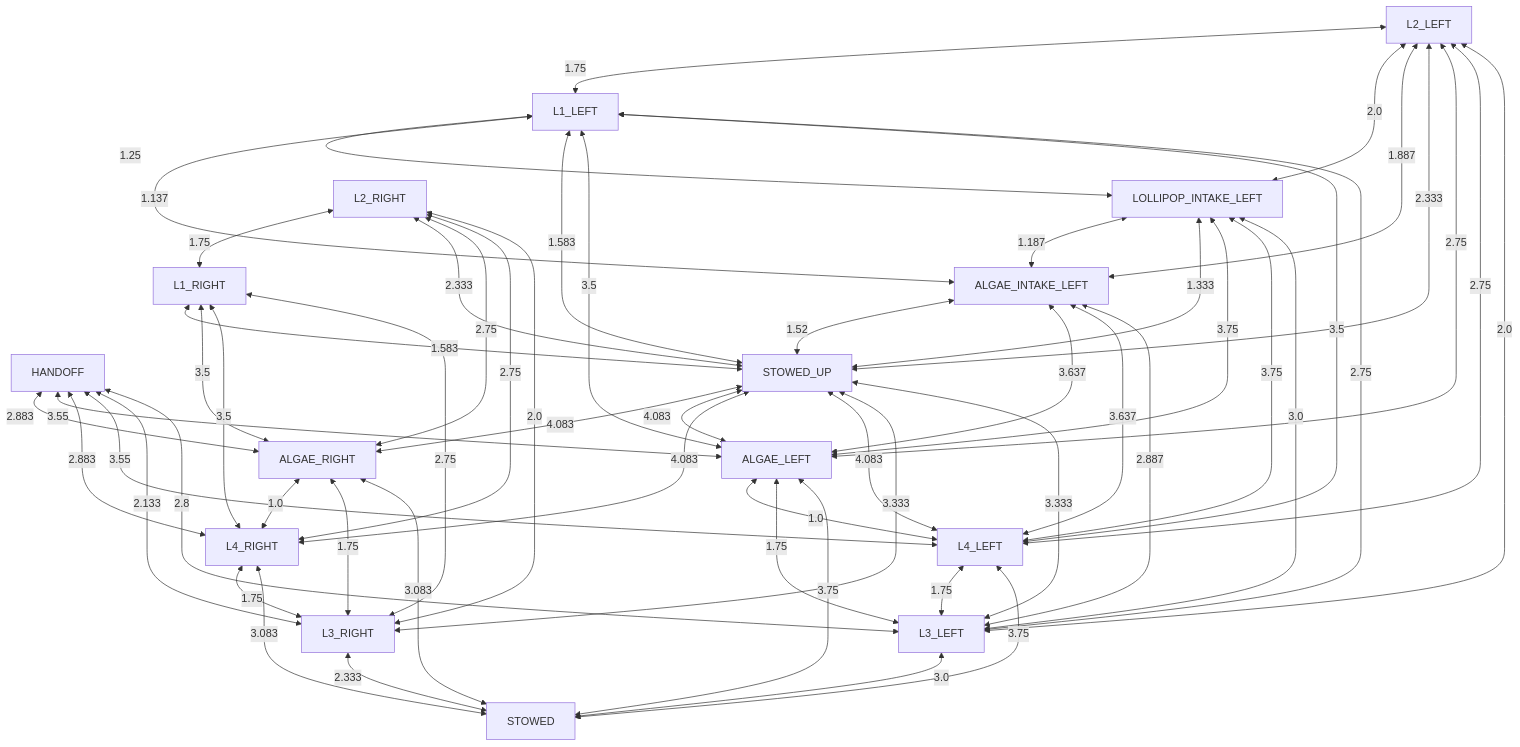
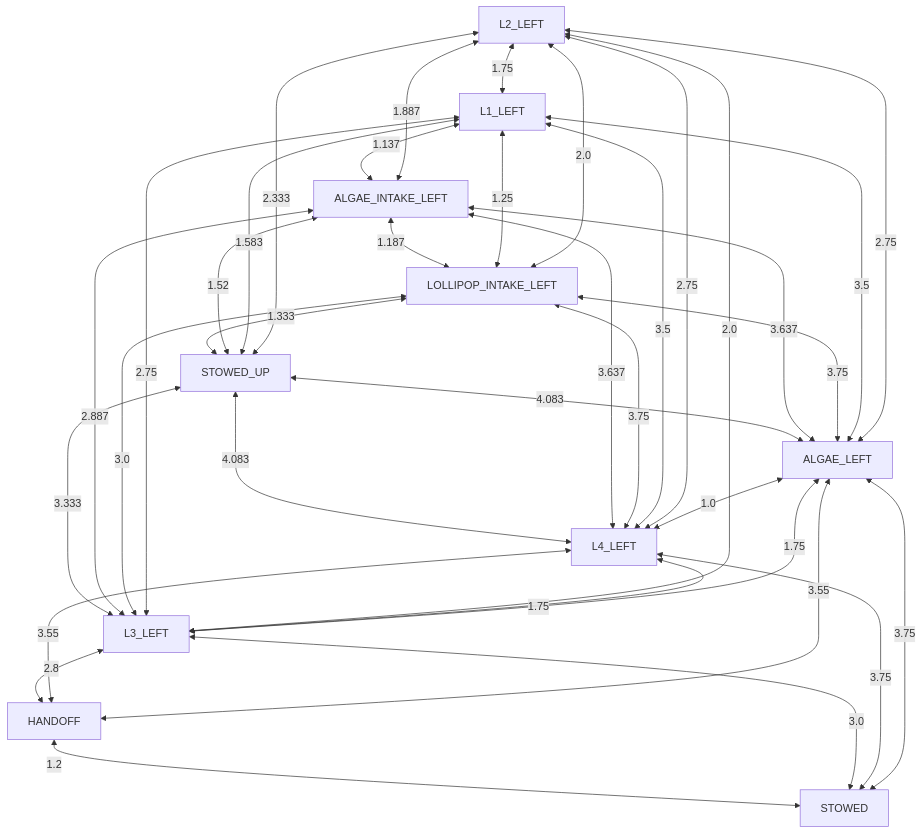
The diagram in docs/collision_avoidance/right_obstructed.md (team581/offseason-2025-comp), drawn with Mermaid before and after one commit. The commit also changed 3 other files, not shown here.

````diff
--- a/docs/collision_avoidance/right_obstructed.md
+++ b/docs/collision_avoidance/right_obstructed.md
@@ -3,59 +3,39 @@
 ```mermaid
 graph TD
 
+HANDOFF <-- 1.2 --> STOWED
 L3_LEFT <-- 3.0 --> STOWED
-L3_RIGHT <-- 2.333 --> STOWED
 L4_LEFT <-- 3.75 --> STOWED
-L4_RIGHT <-- 3.083 --> STOWED
 ALGAE_LEFT <-- 3.75 --> STOWED
-ALGAE_RIGHT <-- 3.083 --> STOWED
-HANDOFF <-- 2.8 --> L3_LEFT
+L3_LEFT <-- 2.8 --> HANDOFF
+L4_LEFT <-- 3.55 --> HANDOFF
+ALGAE_LEFT <-- 3.55 --> HANDOFF
 STOWED_UP <-- 3.333 --> L3_LEFT
 ALGAE_INTAKE_LEFT <-- 2.887 --> L3_LEFT
 LOLLIPOP_INTAKE_LEFT <-- 3.0 --> L3_LEFT
 L1_LEFT <-- 2.75 --> L3_LEFT
 L2_LEFT <-- 2.0 --> L3_LEFT
 L4_LEFT <-- 1.75 --> L3_LEFT
 ALGAE_LEFT <-- 1.75 --> L3_LEFT
-HANDOFF <-- 2.133 --> L3_RIGHT
-STOWED_UP <-- 3.333 --> L3_RIGHT
-L1_RIGHT <-- 2.75 --> L3_RIGHT
-L2_RIGHT <-- 2.0 --> L3_RIGHT
-L4_RIGHT <-- 1.75 --> L3_RIGHT
-ALGAE_RIGHT <-- 1.75 --> L3_RIGHT
-HANDOFF <-- 3.55 --> L4_LEFT
 STOWED_UP <-- 4.083 --> L4_LEFT
 ALGAE_INTAKE_LEFT <-- 3.637 --> L4_LEFT
 LOLLIPOP_INTAKE_LEFT <-- 3.75 --> L4_LEFT
 L1_LEFT <-- 3.5 --> L4_LEFT
 L2_LEFT <-- 2.75 --> L4_LEFT
 ALGAE_LEFT <-- 1.0 --> L4_LEFT
-HANDOFF <-- 2.883 --> L4_RIGHT
-STOWED_UP <-- 4.083 --> L4_RIGHT
-L1_RIGHT <-- 3.5 --> L4_RIGHT
-L2_RIGHT <-- 2.75 --> L4_RIGHT
-ALGAE_RIGHT <-- 1.0 --> L4_RIGHT
-HANDOFF <-- 3.55 --> ALGAE_LEFT
 STOWED_UP <-- 4.083 --> ALGAE_LEFT
 ALGAE_INTAKE_LEFT <-- 3.637 --> ALGAE_LEFT
 LOLLIPOP_INTAKE_LEFT <-- 3.75 --> ALGAE_LEFT
 L1_LEFT <-- 3.5 --> ALGAE_LEFT
 L2_LEFT <-- 2.75 --> ALGAE_LEFT
-HANDOFF <-- 2.883 --> ALGAE_RIGHT
-STOWED_UP <-- 4.083 --> ALGAE_RIGHT
-L1_RIGHT <-- 3.5 --> ALGAE_RIGHT
-L2_RIGHT <-- 2.75 --> ALGAE_RIGHT
+LOLLIPOP_INTAKE_LEFT <-- 1.333 --> STOWED_UP
 ALGAE_INTAKE_LEFT <-- 1.52 --> STOWED_UP
-LOLLIPOP_INTAKE_LEFT <-- 1.333 --> STOWED_UP
 L1_LEFT <-- 1.583 --> STOWED_UP
 L2_LEFT <-- 2.333 --> STOWED_UP
-L1_RIGHT <-- 1.583 --> STOWED_UP
-L2_RIGHT <-- 2.333 --> STOWED_UP
-LOLLIPOP_INTAKE_LEFT <-- 1.187 --> ALGAE_INTAKE_LEFT
+ALGAE_INTAKE_LEFT <-- 1.187 --> LOLLIPOP_INTAKE_LEFT
+L1_LEFT <-- 1.25 --> LOLLIPOP_INTAKE_LEFT
+L2_LEFT <-- 2.0 --> LOLLIPOP_INTAKE_LEFT
 L1_LEFT <-- 1.137 --> ALGAE_INTAKE_LEFT
 L2_LEFT <-- 1.887 --> ALGAE_INTAKE_LEFT
-L1_LEFT <-- 1.25 --> LOLLIPOP_INTAKE_LEFT
-L2_LEFT <-- 2.0 --> LOLLIPOP_INTAKE_LEFT
 L2_LEFT <-- 1.75 --> L1_LEFT
-L2_RIGHT <-- 1.75 --> L1_RIGHT
 ```
````
